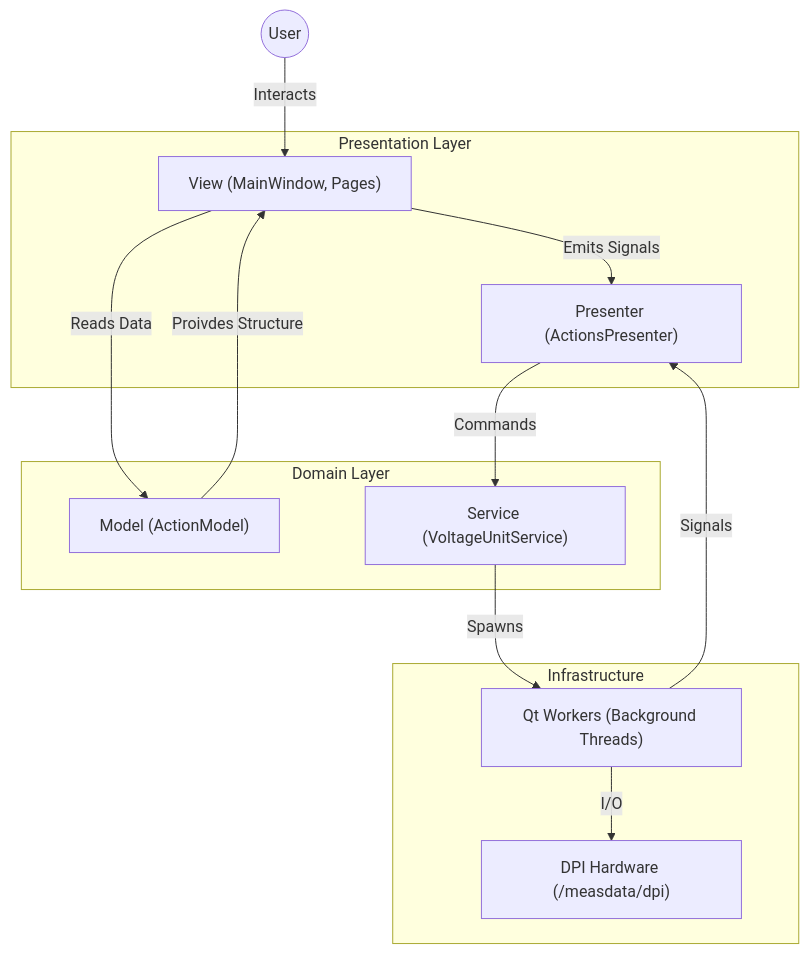
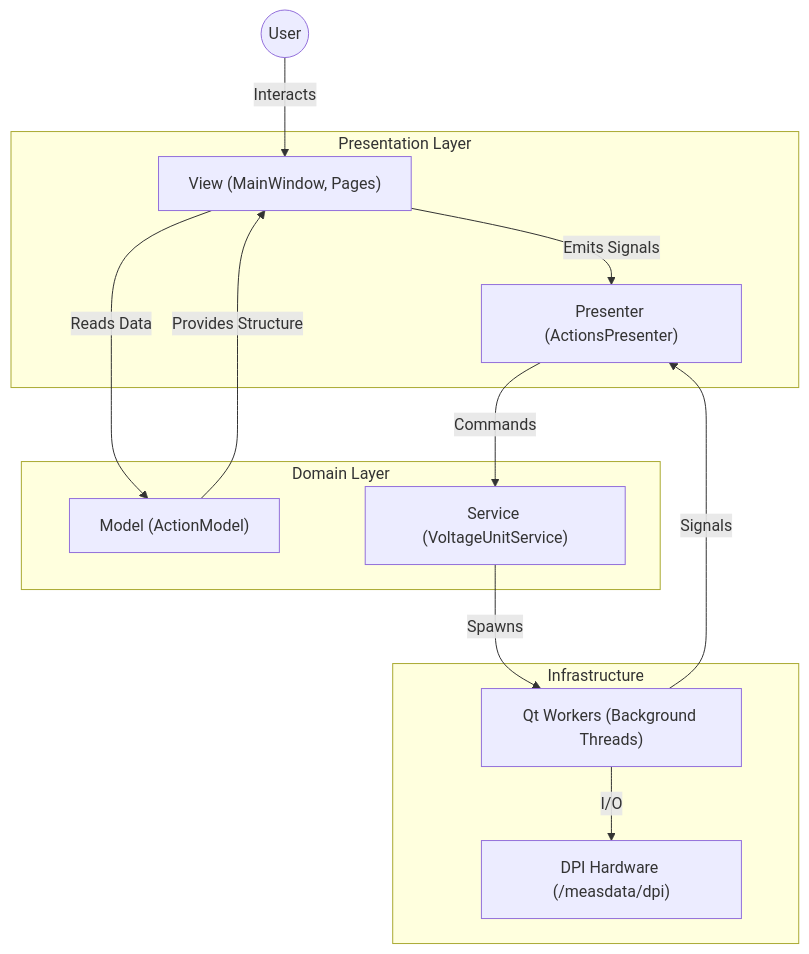
Before and after one commit to Konoszaf1/HardwareGUI: the diagram in README.md, drawn with Mermaid. The commit also changed 8 other files, not shown here.

````diff
--- a/README.md
+++ b/README.md
@@ -73,26 +73,26 @@
 ```mermaid
 graph TD
     subgraph Presentation_Layer [Presentation Layer]
         View["View (MainWindow, Pages)"]
         Presenter["Presenter (ActionsPresenter)"]
     end
 
     subgraph Domain_Layer [Domain Layer]
         Model["Model (ActionModel)"]
         Service["Service (VoltageUnitService)"]
     end
 
     subgraph Infrastructure [Infrastructure]
         Workers["Qt Workers (Background Threads)"]
         Hardware["DPI Hardware (/measdata/dpi)"]
     end
 
     User((User)) -->|Interacts| View
     View -->|Emits Signals| Presenter
     View -->|Reads Data| Model
     Presenter -->|Commands| Service
     Service -->|Spawns| Workers
     Workers -->|I/O| Hardware
     Workers -->|Signals| Presenter
-    Model -->|Proivdes Structure| View
+    Model -->|Provides Structure| View
 ```
````
